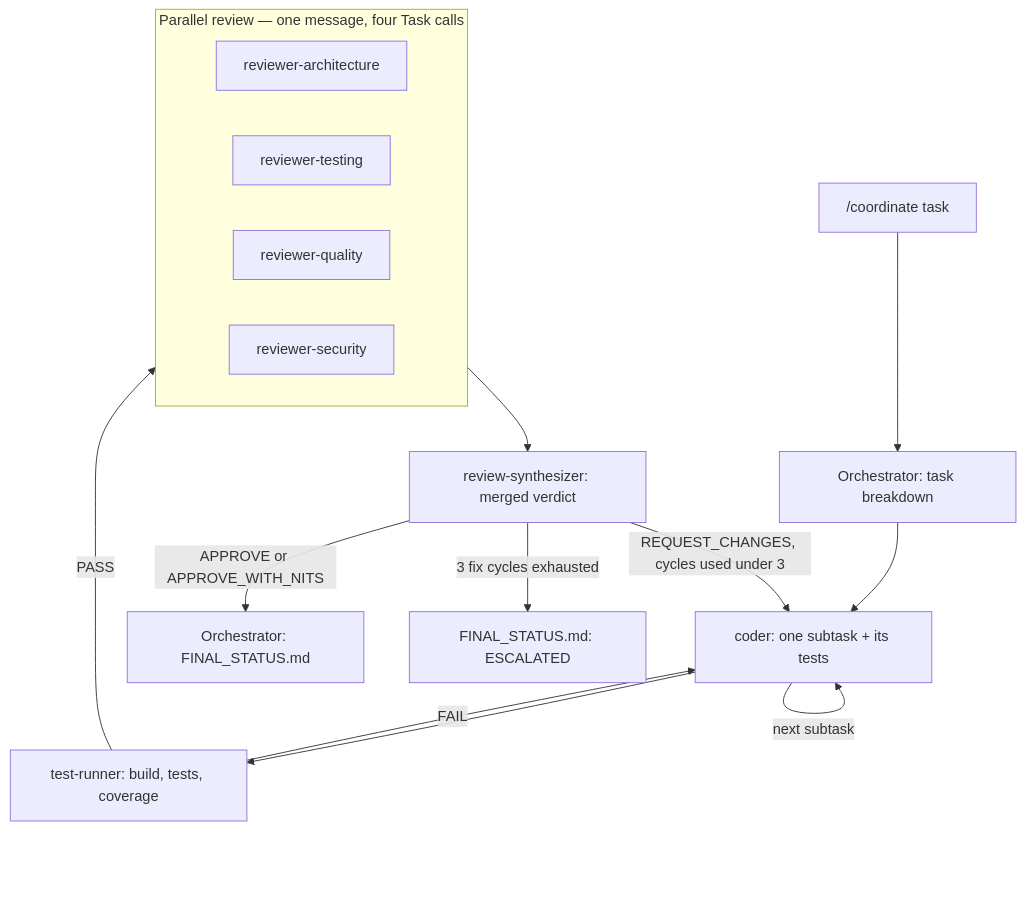
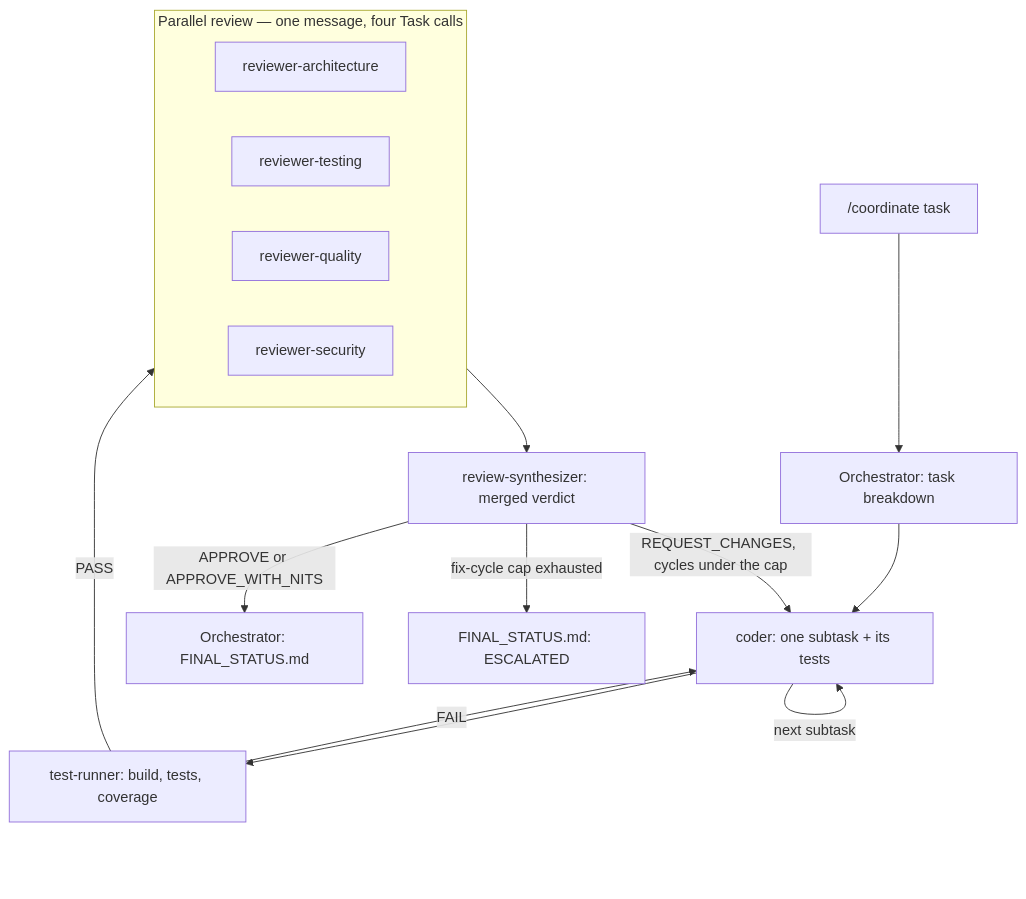
The first of 2 diagrams in docs/architecture.md (nikhiljainmb/Mindbody.AI.Orchestrator), drawn with Mermaid before and after one commit. The commit also changed other lines of this file and 26 other files, not shown here.

````diff
--- a/docs/architecture.md
+++ b/docs/architecture.md
@@ -19,19 +19,19 @@
 ```mermaid
 flowchart TD
     H["/coordinate task"] --> BD["Orchestrator: task breakdown"]
     BD --> C["coder: one subtask + its tests"]
     C -->|next subtask| C
     C --> TR["test-runner: build, tests, coverage"]
     TR -->|FAIL| C
     TR -->|PASS| PR
     subgraph PR["Parallel review — one message, four Task calls"]
         RA["reviewer-architecture"]
         RT["reviewer-testing"]
         RQ["reviewer-quality"]
         RS["reviewer-security"]
     end
     PR --> SY["review-synthesizer: merged verdict"]
-    SY -->|"REQUEST_CHANGES, cycles used under 3"| C
+    SY -->|"REQUEST_CHANGES, cycles under the cap"| C
     SY -->|"APPROVE or APPROVE_WITH_NITS"| FS["Orchestrator: FINAL_STATUS.md"]
-    SY -->|"3 fix cycles exhausted"| ES["FINAL_STATUS.md: ESCALATED"]
+    SY -->|"fix-cycle cap exhausted"| ES["FINAL_STATUS.md: ESCALATED"]
 ```
````
